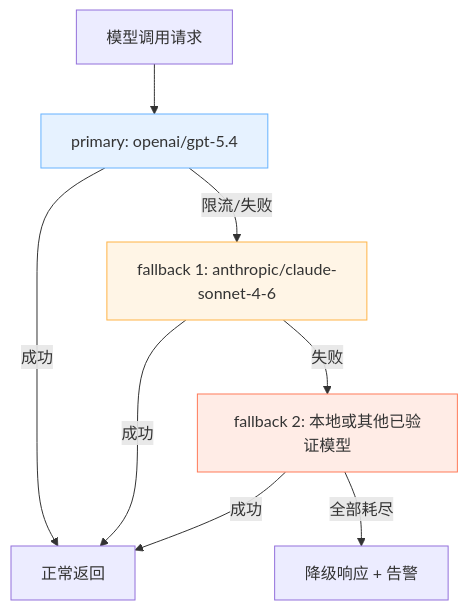
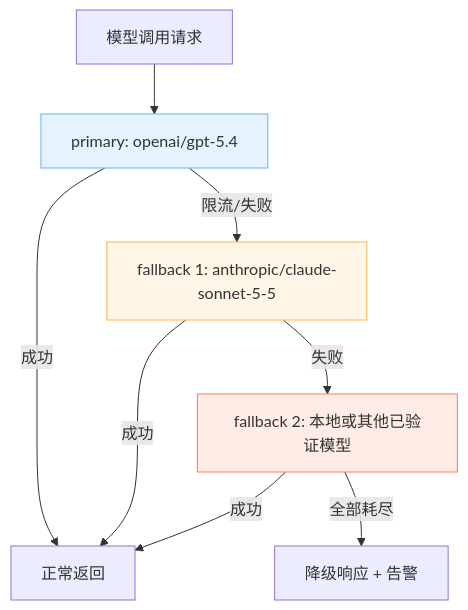
Before and after one commit to yeasy/openclaw_guide: the diagram in 11_reliability_security/11.3_fallback_rules.md, drawn with Mermaid. The commit also changed other lines of this file and 19 other files, not shown here.

````diff
--- a/11_reliability_security/11.3_fallback_rules.md
+++ b/11_reliability_security/11.3_fallback_rules.md
@@ -28,14 +28,14 @@
 ```mermaid
 flowchart TD
   req["模型调用请求"] --> p["primary: openai/gpt-5.4"]
   p -->|"成功"| ok["正常返回"]
-  p -->|"限流/失败"| f1["fallback 1: anthropic/claude-sonnet-4-6"]
+  p -->|"限流/失败"| f1["fallback 1: anthropic/claude-sonnet-5-5"]
   f1 -->|"成功"| ok
   f1 -->|"失败"| f2["fallback 2: 本地或其他已验证模型"]
   f2 -->|"成功"| ok
   f2 -->|"全部耗尽"| degrade["降级响应 + 告警"]
 
   style p fill:#e6f2ff,stroke:#66b2ff
   style f1 fill:#fff5e6,stroke:#ffb347
   style f2 fill:#ffece6,stroke:#ff7a59
 ```
````
